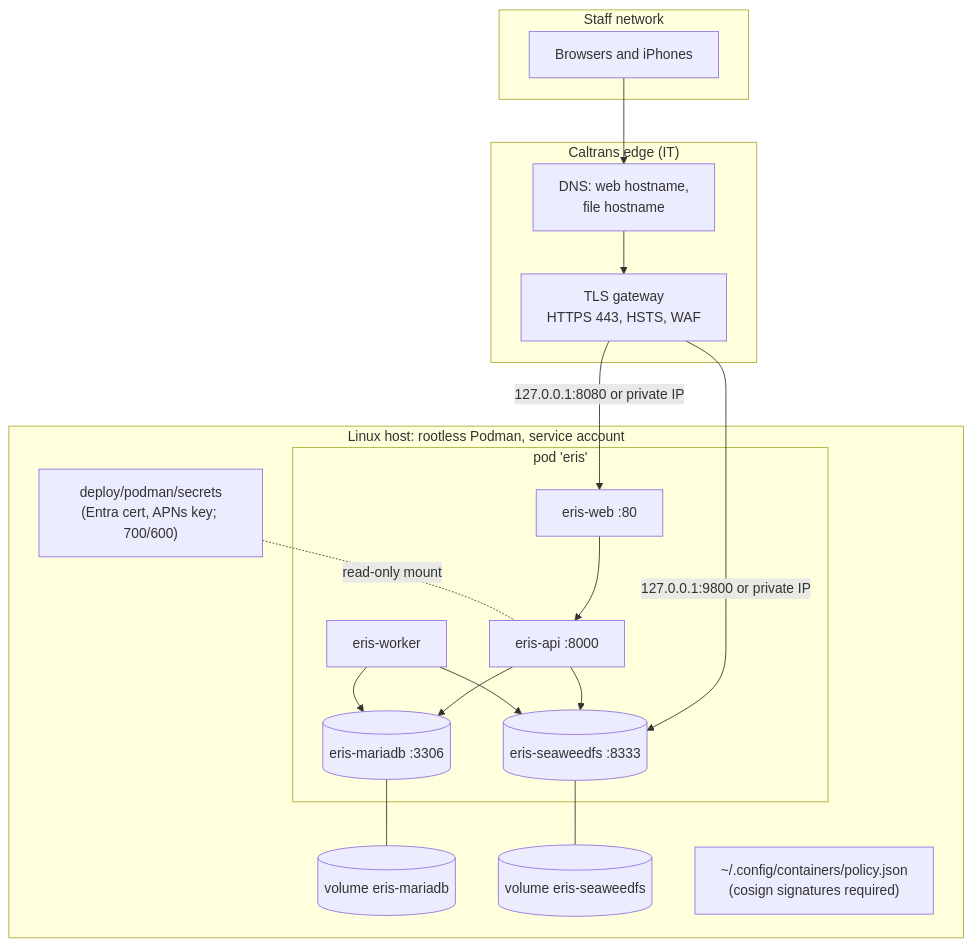
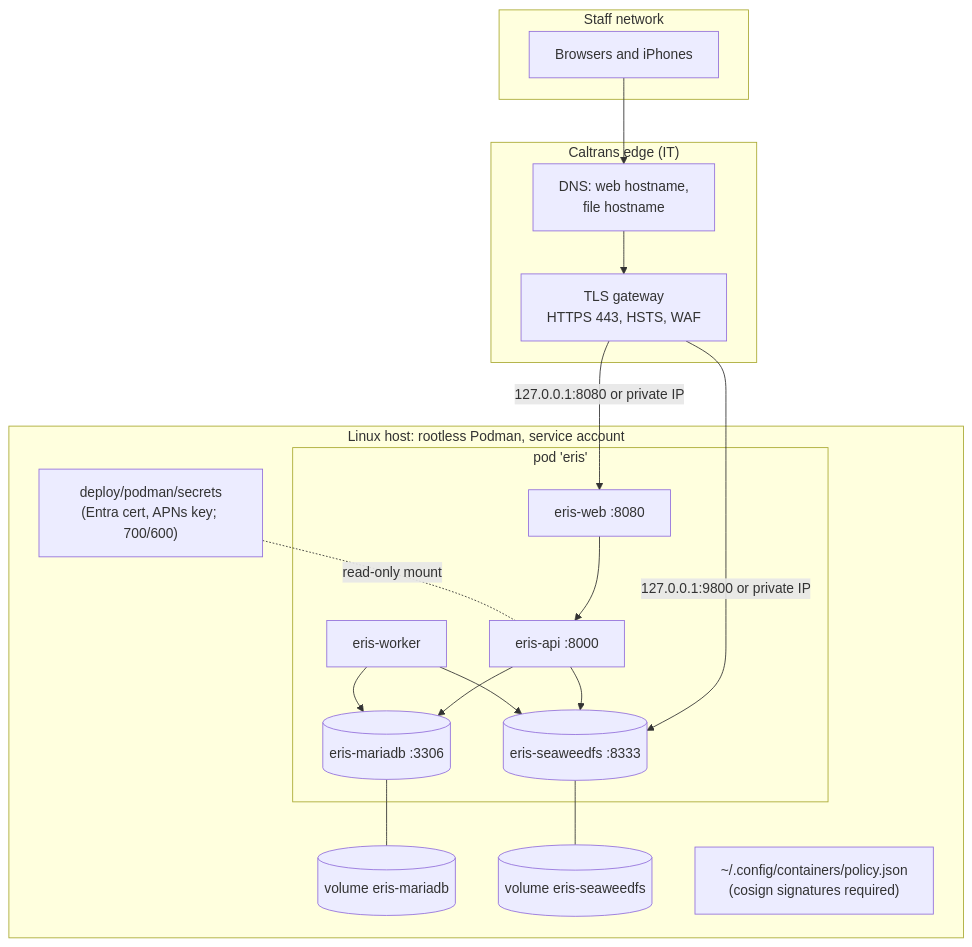
One commit to Alexeitor292/ERIS_REACT_native changed the third of 4 diagrams in docs/architecture/deployment-topologies.md. Above: the diagram before and after it, drawn with Mermaid. The commit also changed other lines of this file and 42 other files, not shown here.

````diff
--- a/docs/architecture/deployment-topologies.md
+++ b/docs/architecture/deployment-topologies.md
@@ -56,34 +56,34 @@
 ```mermaid
 flowchart TB
     subgraph internet_side["Staff network"]
         users["Browsers and iPhones"]
     end
     subgraph edge["Caltrans edge (IT)"]
         dns["DNS: web hostname,<br/>file hostname"]
         gw["TLS gateway<br/>HTTPS 443, HSTS, WAF"]
     end
     subgraph host["Linux host: rootless Podman, service account"]
         subgraph pod["pod 'eris'"]
-            web["eris-web :80"]
+            web["eris-web :8080"]
             api["eris-api :8000"]
             worker["eris-worker"]
             db[("eris-mariadb :3306")]
             s3[("eris-seaweedfs :8333")]
         end
         vol1[("volume eris-mariadb")]
         vol2[("volume eris-seaweedfs")]
         secrets["deploy/podman/secrets<br/>(Entra cert, APNs key; 700/600)"]
         policy["~/.config/containers/policy.json<br/>(cosign signatures required)"]
     end
     users --> dns --> gw
     gw -->|"127.0.0.1:8080 or private IP"| web
     gw -->|"127.0.0.1:9800 or private IP"| s3
     web --> api
     api --> db
     api --> s3
     worker --> db
     worker --> s3
     db --- vol1
     s3 --- vol2
     secrets -. read-only mount .- api
 ```
````
